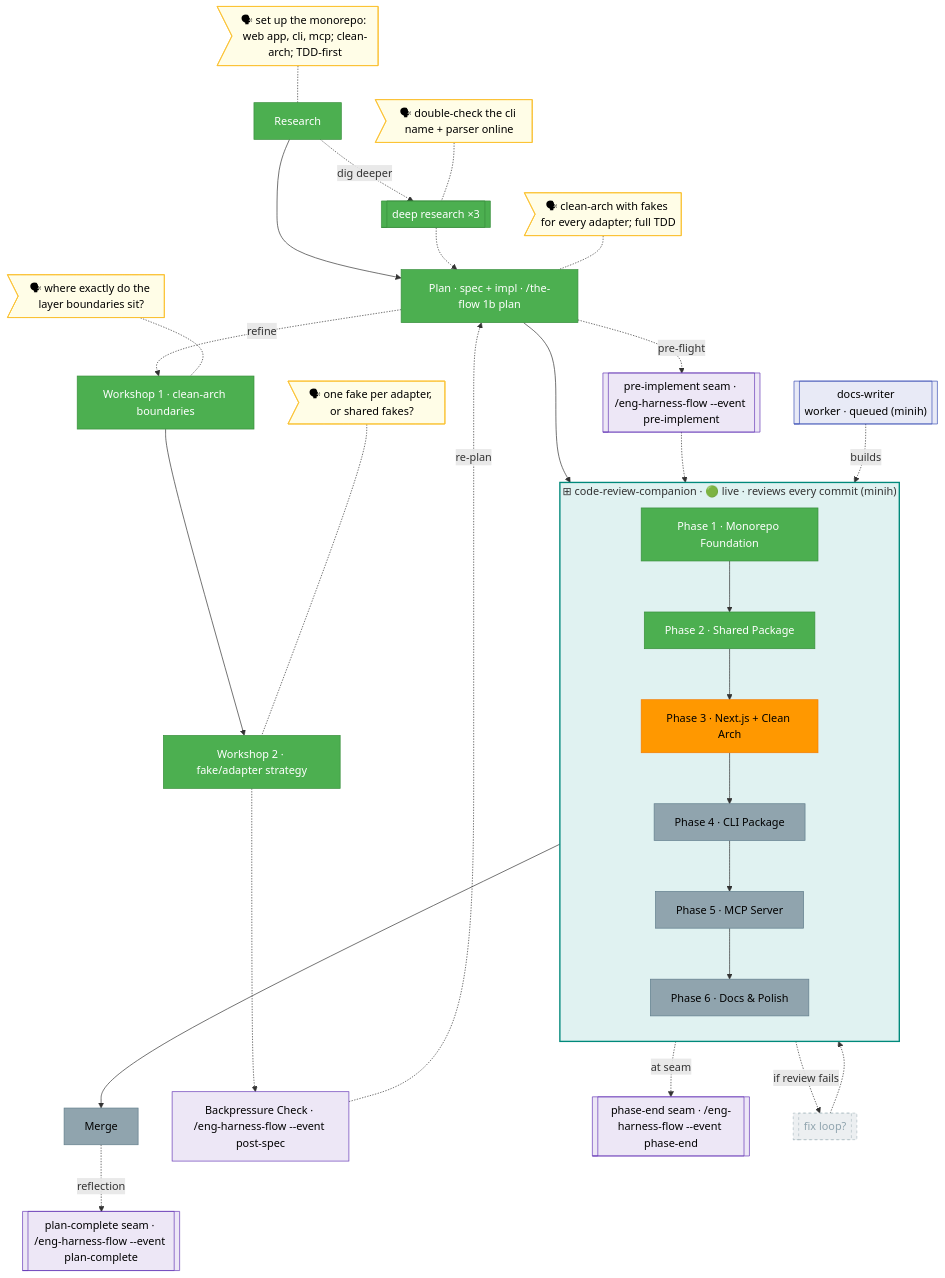
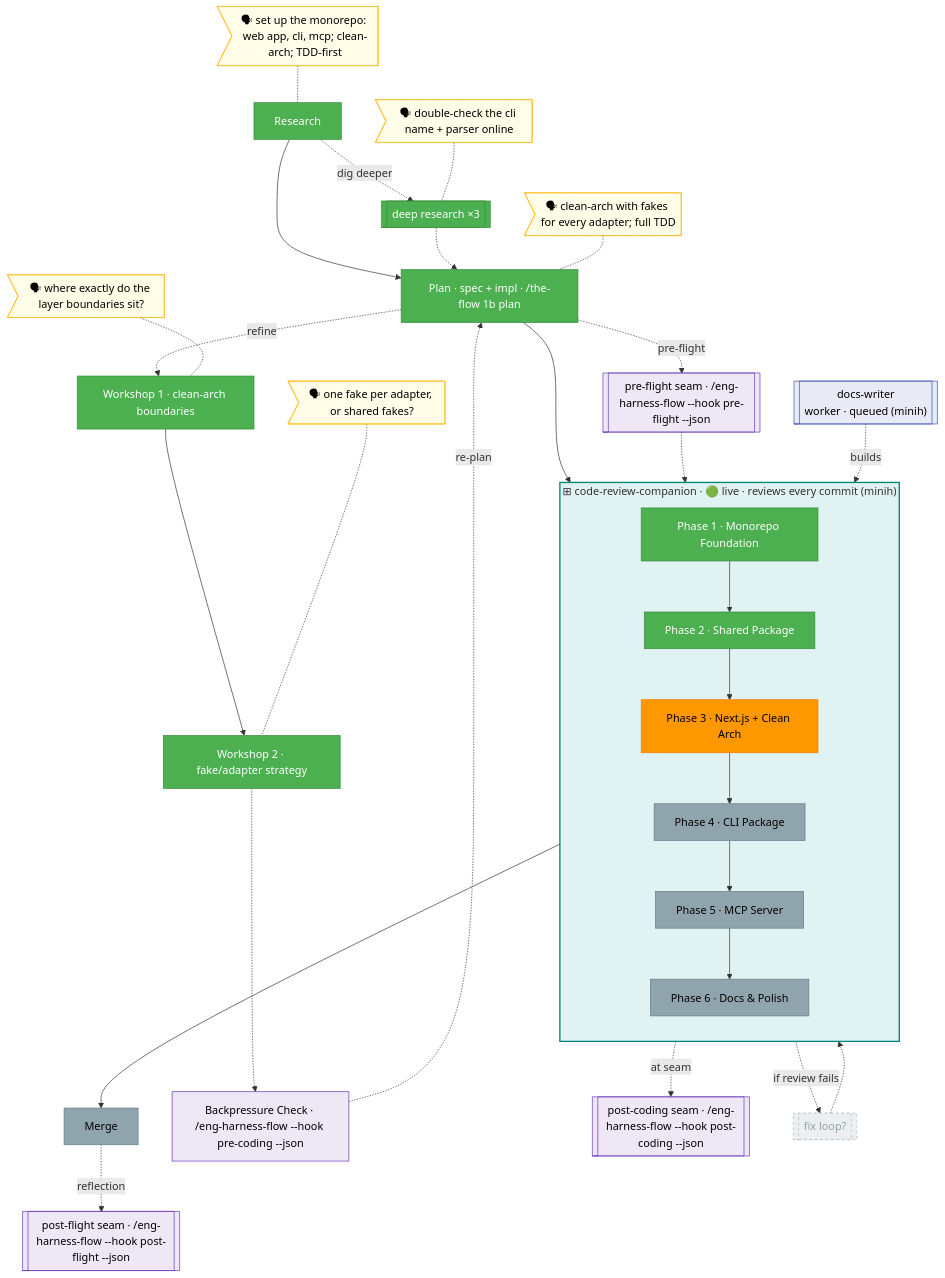
One commit to jakkaj/tools changed the diagram in skills/SDD/the-flow/references/flight-plan.template.md. Above: the diagram before and after it, drawn with Mermaid. The commit also changed other lines of this file and 26 other files, not shown here.

First line of the commit message:
feat(the-flow): flow-owned harness seams — invert integration so seams are engine-offered per-phase beats, sub-skills harness-blind (plan-033)

````diff
--- a/skills/SDD/the-flow/references/flight-plan.template.md
+++ b/skills/SDD/the-flow/references/flight-plan.template.md
@@ -10,60 +10,60 @@
 ```mermaid
 flowchart TD
     classDef done    fill:#4CAF50,stroke:#388E3C,color:#fff
     classDef wip     fill:#FF9800,stroke:#F57C00,color:#000
     classDef blocked fill:#F44336,stroke:#D32F2F,color:#fff
     classDef known   fill:#90A4AE,stroke:#607D8B,color:#000
     classDef assumed fill:#ECEFF1,stroke:#B0BEC5,color:#90A4AE,stroke-dasharray:4 4
     classDef said    fill:#FFFDE7,stroke:#FBC02D,color:#000
     classDef companion fill:#E0F2F1,stroke:#00897B,color:#000
     classDef worker  fill:#E8EAF6,stroke:#3F51B5,color:#000
     classDef harness fill:#EDE7F6,stroke:#673AB7,color:#000
 
     %% ── spine (vertical); the unified Plan node writes spec + impl in one pass; companion WRAPS the build phases ──
     R[Research]:::done --> PL["Plan · spec + impl · /the-flow 1b plan"]:::done
 
     subgraph CRC["⊞ code-review-companion · 🟢 live · reviews every commit (minih)"]
         direction TB
         P1[Phase 1 · Monorepo Foundation]:::done --> P2[Phase 2 · Shared Package]:::done
         P2 --> P3[Phase 3 · Next.js + Clean Arch]:::wip --> P4[Phase 4 · CLI Package]:::known
         P4 --> P5[Phase 5 · MCP Server]:::known --> P6[Phase 6 · Docs & Polish]:::known
     end
     style CRC fill:#E0F2F1,stroke:#00897B,stroke-width:2px
 
     PL --> P1
     P6 --> M[Merge]:::known
 
     %% ── excursions: deep-research + each workshop as its own node ──
     R -.->|dig deeper| DR[["deep research ×3"]]:::done
     DR -.-> PL
     PL -.->|refine| W1[Workshop 1 · clean-arch boundaries]:::done
     W1 --> W2[Workshop 2 · fake/adapter strategy]:::done
-    W2 -.-> BP["Backpressure Check · /eng-harness-flow --event post-spec"]:::harness
+    W2 -.-> BP["Backpressure Check · /eng-harness-flow --hook pre-coding --json"]:::harness
     BP -.->|re-plan| PL
 
     %% ── harness seam nodes (first-class; shown because the router IS installed — omit all when the Layer-1 probe misses) ──
-    PL -.->|pre-flight| HB[["pre-implement seam · /eng-harness-flow --event pre-implement"]]:::harness
+    PL -.->|pre-flight| HB[["pre-flight seam · /eng-harness-flow --hook pre-flight --json"]]:::harness
     HB -.-> P1
-    P2 -.->|at seam| HR[["phase-end seam · /eng-harness-flow --event phase-end"]]:::harness
-    M -.->|reflection| HH[["plan-complete seam · /eng-harness-flow --event plan-complete"]]:::harness
+    P2 -.->|at seam| HR[["post-coding seam · /eng-harness-flow --hook post-coding --json"]]:::harness
+    M -.->|reflection| HH[["post-flight seam · /eng-harness-flow --hook post-flight --json"]]:::harness
 
     %% ── assumed conditional ──
     P3 -.->|if review fails| FX[["fix loop?"]]:::assumed
     FX -.-> P4
 
     %% ── verbatim user-said bubbles (no detail hidden) ──
     UR>"🗣 set up the monorepo: web app, cli, mcp; clean-arch; TDD-first"]:::said
     UR -.- R
     UDR>"🗣 double-check the cli name + parser online"]:::said
     UDR -.- DR
     US>"🗣 clean-arch with fakes for every adapter; full TDD"]:::said
     US -.- PL
     U1>"🗣 where exactly do the layer boundaries sit?"]:::said
     U1 -.- W1
     U2>"🗣 one fake per adapter, or shared fakes?"]:::said
     U2 -.- W2
 
     %% ── parallel agents (minih): companion WRAPS the phases (subgraph above); workers build a phase ──
     DOCW[["docs-writer<br/>worker · queued (minih)"]]:::worker
     DOCW -. builds .-> P6
 ```
````
